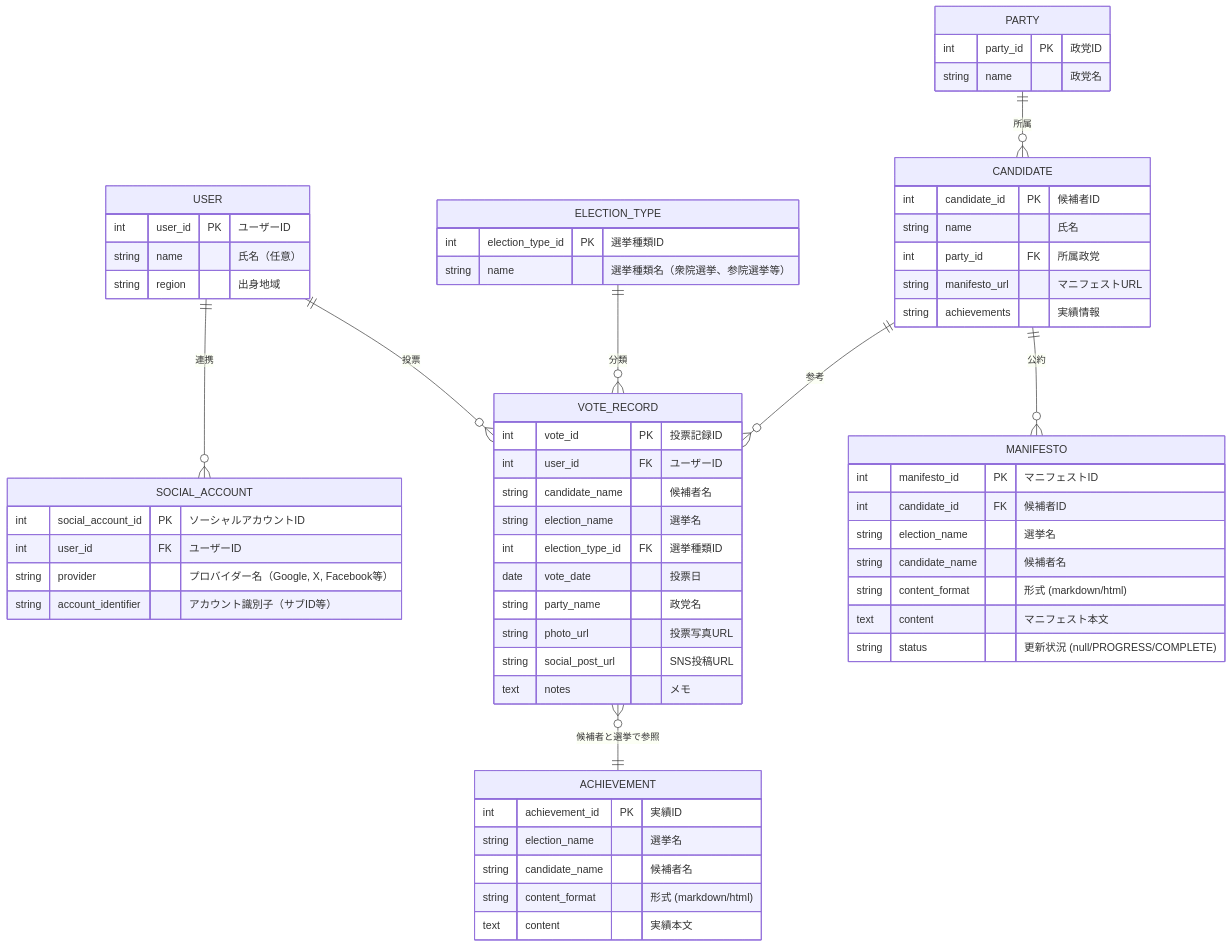
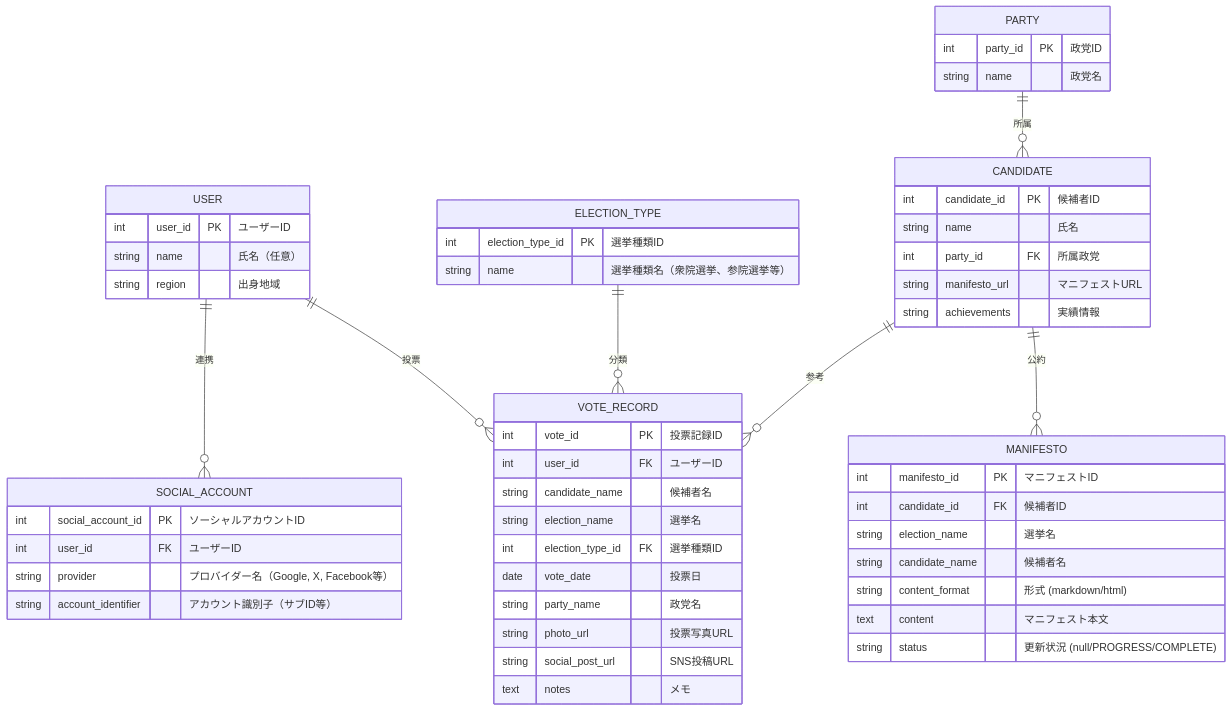
The diagram in doc/ER.md (papettoTV/my-tohyo), drawn with Mermaid before and after one commit. The commit also changed other lines of this file and 7 other files, not shown here.

````diff
--- a/doc/ER.md
+++ b/doc/ER.md
@@ -5,65 +5,57 @@
 ```mermaid
 erDiagram
     USER {
         int user_id PK "ユーザーID"
         string name "氏名（任意）"
         string region "出身地域"
     }
     SOCIAL_ACCOUNT {
         int social_account_id PK "ソーシャルアカウントID"
         int user_id FK "ユーザーID"
         string provider "プロバイダー名（Google, X, Facebook等）"
         string account_identifier "アカウント識別子（サブID等）"
     }
     ELECTION_TYPE {
         int election_type_id PK "選挙種類ID"
         string name "選挙種類名（衆院選挙、参院選挙等）"
     }
     PARTY {
         int party_id PK "政党ID"
         string name "政党名"
     }
     CANDIDATE {
         int candidate_id PK "候補者ID"
         string name "氏名"
         int party_id FK "所属政党"
         string manifesto_url "マニフェストURL"
         string achievements "実績情報"
     }
     MANIFESTO {
         int manifesto_id PK "マニフェストID"
         int candidate_id FK "候補者ID"
         string election_name "選挙名"
         string candidate_name "候補者名"
         string content_format "形式 (markdown/html)"
         text content "マニフェスト本文"
         string status "更新状況 (null/PROGRESS/COMPLETE)"
     }
-    ACHIEVEMENT {
-        int achievement_id PK "実績ID"
-        string election_name "選挙名"
-        string candidate_name "候補者名"
-        string content_format "形式 (markdown/html)"
-        text content "実績本文"
-    }
     VOTE_RECORD {
         int vote_id PK "投票記録ID"
         int user_id FK "ユーザーID"
         string candidate_name "候補者名"
         string election_name "選挙名"
         int election_type_id FK "選挙種類ID"
         date vote_date "投票日"
         string party_name "政党名"
         string photo_url "投票写真URL"
         string social_post_url "SNS投稿URL"
         text notes "メモ"
     }
 
     USER ||--o{ SOCIAL_ACCOUNT : "連携"
     USER ||--o{ VOTE_RECORD : "投票"
     ELECTION_TYPE ||--o{ VOTE_RECORD : "分類"
     CANDIDATE ||--o{ VOTE_RECORD : "参考"
     CANDIDATE ||--o{ MANIFESTO : "公約"
     PARTY ||--o{ CANDIDATE : "所属"
-    VOTE_RECORD }o--|| ACHIEVEMENT : "候補者と選挙で参照"
 ```
````
